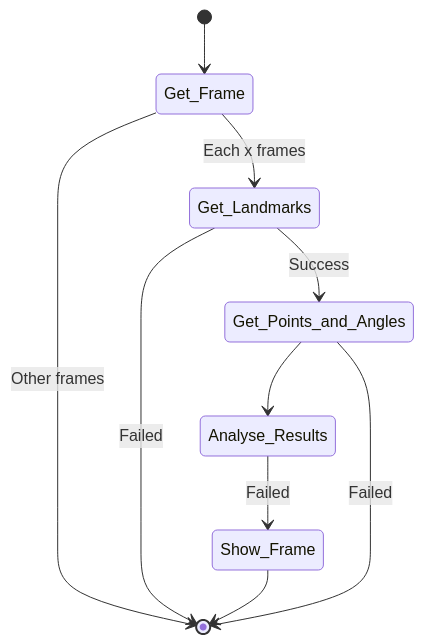
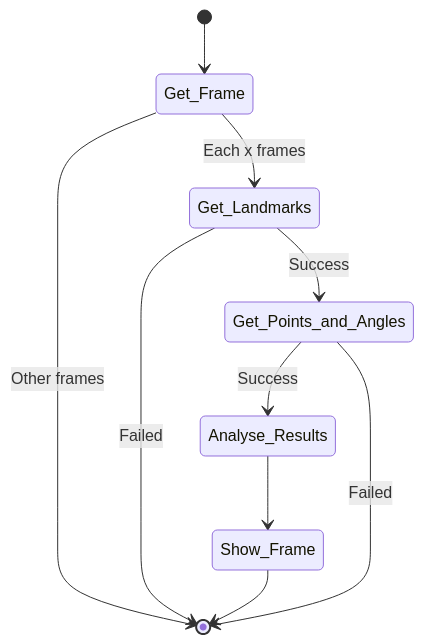
One commit to LuisCarlosRojasTorres/acv-tests changed the diagram in Documentation/Manifest.md. Above: the diagram before and after it, drawn with Mermaid. The commit also changed other lines of this file, not shown here.

````diff
--- a/Documentation/Manifest.md
+++ b/Documentation/Manifest.md
@@ -25,15 +17,15 @@
 ``` mermaid
 stateDiagram-v2
 [*] --> Get_Frame
 Get_Frame --> [*] : Other frames
 
 Get_Frame --> Get_Landmarks : Each x frames 
   Get_Landmarks --> [*] : Failed
 
   Get_Landmarks --> Get_Points_and_Angles : Success
-    Get_Points_and_Angles --> Analyse_Results
-    Analyse_Results --> Show_Frame : Failed
+    Get_Points_and_Angles --> Analyse_Results : Success
+    Analyse_Results --> Show_Frame 
     Show_Frame --> [*]
 
   Get_Points_and_Angles --> [*] : Failed  
 ```
````
